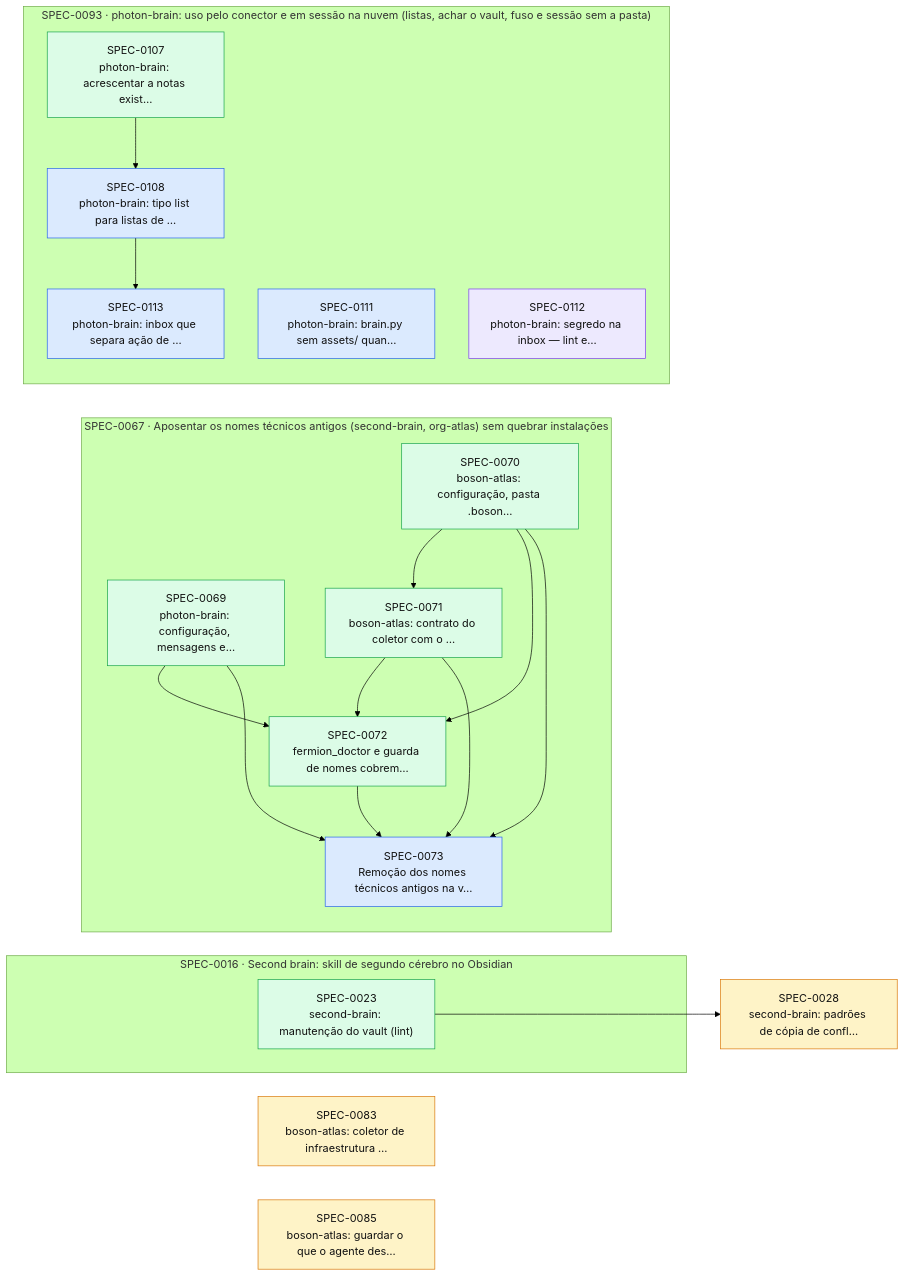
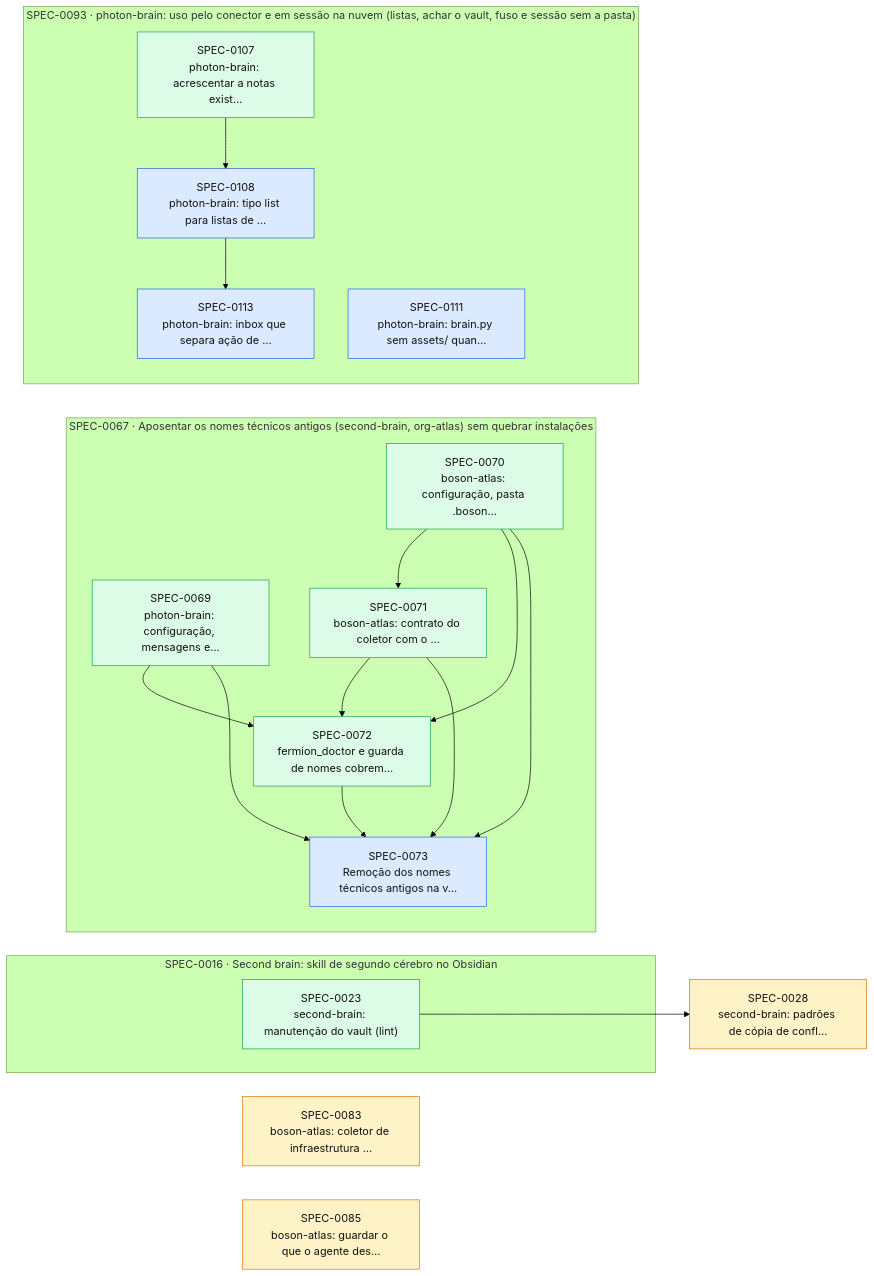
Before and after one commit to thomasravache/ai-dev-brain: the diagram in docs/specs/INDEX.md, drawn with Mermaid (forest theme). The commit also changed other lines of this file and 1 other file, not shown here.

First line of the commit message:
docs(specs): G7 e fechamento da SPEC-0112

````diff
--- a/docs/specs/INDEX.md
+++ b/docs/specs/INDEX.md
@@ -69,39 +68,38 @@
 ```mermaid
 flowchart LR
   S0028["SPEC-0028<br/>second-brain: padrões de cópia de confl…"]:::proposed
   S0083["SPEC-0083<br/>boson-atlas: coletor de infraestrutura …"]:::proposed
   S0085["SPEC-0085<br/>boson-atlas: guardar o que o agente des…"]:::proposed
   subgraph E0016["SPEC-0016 · Second brain: skill de segundo cérebro no Obsidian"]
     S0023["SPEC-0023<br/>second-brain: manutenção do vault (lint)"]:::implemented
   end
   subgraph E0067["SPEC-0067 · Aposentar os nomes técnicos antigos (second-brain, org-atlas) sem quebrar instalações"]
     S0069["SPEC-0069<br/>photon-brain: configuração, mensagens e…"]:::implemented
     S0070["SPEC-0070<br/>boson-atlas: configuração, pasta .boson…"]:::implemented
     S0071["SPEC-0071<br/>boson-atlas: contrato do coletor com o …"]:::implemented
     S0072["SPEC-0072<br/>fermion_doctor e guarda de nomes cobrem…"]:::implemented
     S0073["SPEC-0073<br/>Remoção dos nomes técnicos antigos na v…"]:::approved
   end
   subgraph E0093["SPEC-0093 · photon-brain: uso pelo conector e em sessão na nuvem (listas, achar o vault, fuso e sessão sem a pasta)"]
     S0107["SPEC-0107<br/>photon-brain: acrescentar a notas exist…"]:::implemented
     S0108["SPEC-0108<br/>photon-brain: tipo list para listas de …"]:::approved
     S0111["SPEC-0111<br/>photon-brain: brain.py sem assets/ quan…"]:::approved
-    S0112["SPEC-0112<br/>photon-brain: segredo na inbox — lint e…"]:::inprogress
     S0113["SPEC-0113<br/>photon-brain: inbox que separa ação de …"]:::approved
   end
   S0023 --> S0028
   S0070 --> S0071
   S0069 --> S0072
   S0070 --> S0072
   S0071 --> S0072
   S0069 --> S0073
   S0070 --> S0073
   S0071 --> S0073
   S0072 --> S0073
   S0107 --> S0108
   S0108 --> S0113
   classDef proposed fill:#fef3c7,stroke:#d97706,color:#111
   classDef approved fill:#dbeafe,stroke:#2563eb,color:#111
   classDef inprogress fill:#ede9fe,stroke:#7c3aed,color:#111
   classDef implemented fill:#dcfce7,stroke:#16a34a,color:#111
   classDef deprecated fill:#f3f4f6,stroke:#9ca3af,color:#6b7280
 ```
````
